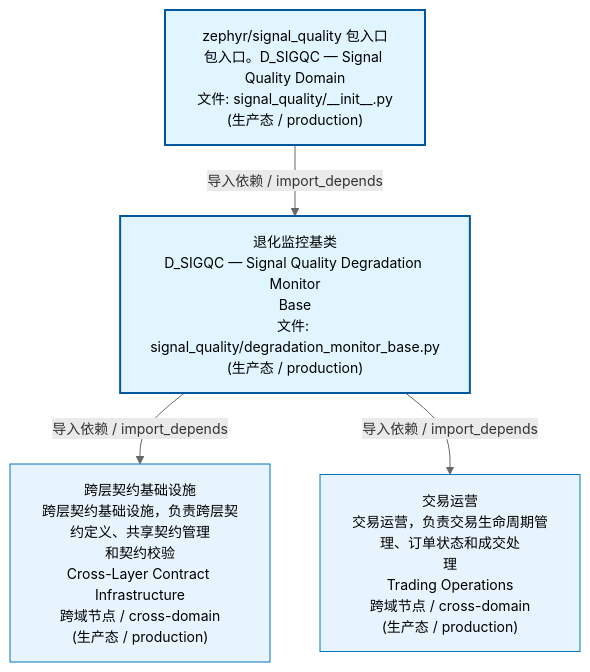
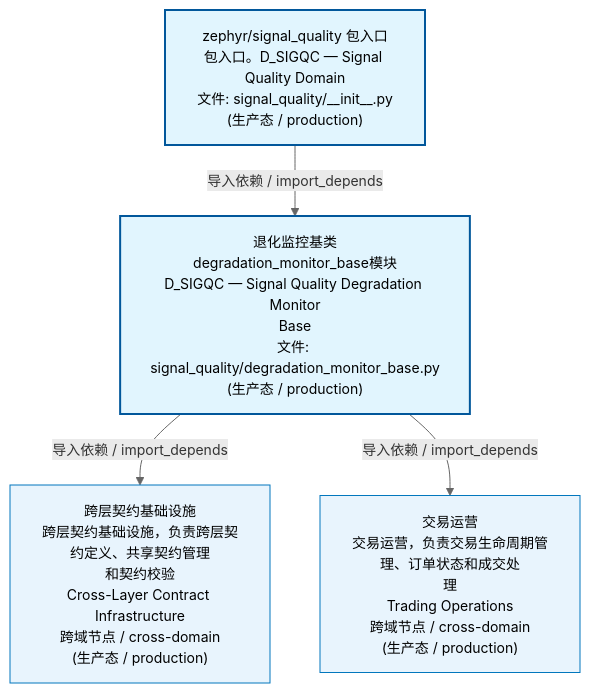
One commit to xuanFelixVan/ZephyrAlpha changed the first of 3 diagrams in docs/02_enterprise_architecture/02_domain_architecture_docs/69_d_sigqc.md. Above: the diagram before and after it, drawn with Mermaid. The commit also changed other lines of this file and 15 other files, not shown here.

````diff
--- a/docs/02_enterprise_architecture/02_domain_architecture_docs/69_d_sigqc.md
+++ b/docs/02_enterprise_architecture/02_domain_architecture_docs/69_d_sigqc.md
@@ -53,17 +53,17 @@
 ```mermaid
 %%{init: {'theme': 'base', 'themeVariables': {'primaryColor': '#eaeaea', 'primaryTextColor': '#333333', 'primaryBorderColor': '#666666', 'lineColor': '#666666', 'secondaryColor': '#eaeaea', 'tertiaryColor': '#eaeaea', 'fontSize': '14px'}}}%%
 flowchart TD
     src_zephyr_signal_quality_init_py["zephyr/signal_quality 包入口<br/>包入口。D_SIGQC — Signal Quality Domain<br/>文件: signal_quality/__init__.py<br/>(生产态 / production)"]
-    src_zephyr_signal_quality_degradation_monitor_base_py["退化监控基类<br/>D_SIGQC — Signal Quality Degradation Monitor<br/>Base<br/>文件: signal_quality/degradation_monitor_base.py<br/>(生产态 / production)"]
+    src_zephyr_signal_quality_degradation_monitor_base_py["退化监控基类<br/>degradation_monitor_base模块<br/>D_SIGQC — Signal Quality Degradation Monitor<br/>Base<br/>文件: signal_quality/degradation_monitor_base.py<br/>(生产态 / production)"]
     src_zephyr_signal_quality_init_py -->|导入依赖 / import_depends| src_zephyr_signal_quality_degradation_monitor_base_py
     D_INFRASTRUCTURE["跨层契约基础设施<br/>跨层契约基础设施，负责跨层契约定义、共享契约管理<br/>和契约校验<br/>Cross-Layer Contract Infrastructure<br/>跨域节点 / cross-domain<br/>(生产态 / production)"]
     src_zephyr_signal_quality_degradation_monitor_base_py -->|导入依赖 / import_depends| D_INFRASTRUCTURE
     D_TRADING["交易运营<br/>交易运营，负责交易生命周期管理、订单状态和成交处<br/>理<br/>Trading Operations<br/>跨域节点 / cross-domain<br/>(生产态 / production)"]
     src_zephyr_signal_quality_degradation_monitor_base_py -->|导入依赖 / import_depends| D_TRADING
     classDef production fill:#e1f5fe,stroke:#01579b,stroke-width:2px,color:#000
     classDef design fill:#fff3e0,stroke:#e65100,stroke-width:2px,color:#000,stroke-dasharray: 5 5
     classDef external_prod fill:#e8f4fd,stroke:#0277bd,stroke-width:1px,color:#000
     classDef external_design fill:#fff8e7,stroke:#ef6c00,stroke-width:1px,color:#000,stroke-dasharray: 5 5
     class src_zephyr_signal_quality_init_py,src_zephyr_signal_quality_degradation_monitor_base_py production
     class D_INFRASTRUCTURE,D_TRADING external_prod
 ```
````
